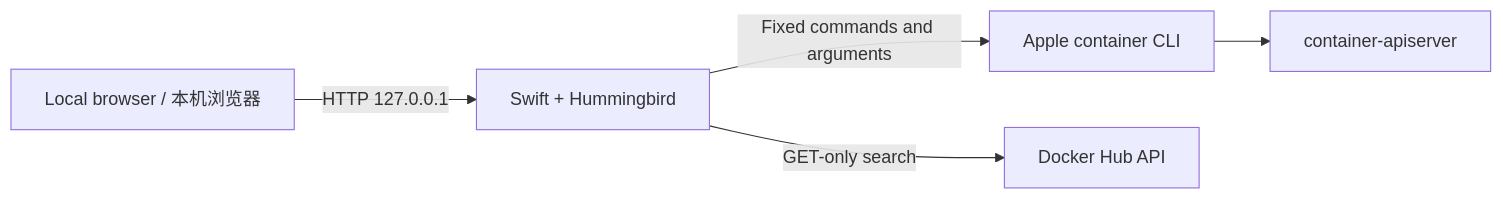
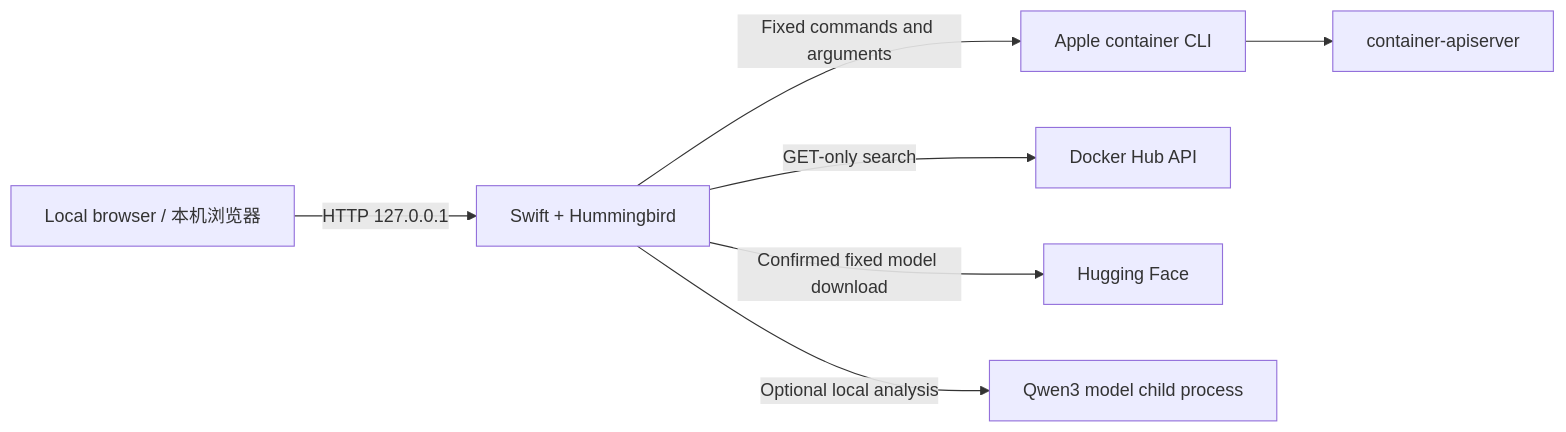
One commit to zeal-odoo/ContainerGui changed the diagram in README.md. Above: the diagram before and after it, drawn with Mermaid. The commit also changed other lines of this file and 39 other files, not shown here.

Commit message:
feat: add optional local Qwen3 log analysis

````diff
--- a/README.md
+++ b/README.md
@@ -481,7 +513,9 @@
 ```mermaid
 flowchart LR
     Browser[Local browser / 本机浏览器] -->|HTTP 127.0.0.1| Server[Swift + Hummingbird]
     Server -->|Fixed commands and arguments| CLI[Apple container CLI]
     CLI --> API[container-apiserver]
     Server -->|GET-only search| Hub[Docker Hub API]
+    Server -->|Confirmed fixed model download| Models[Hugging Face]
+    Server -->|Optional local analysis| AI[Qwen3 model child process]
 ```
````
